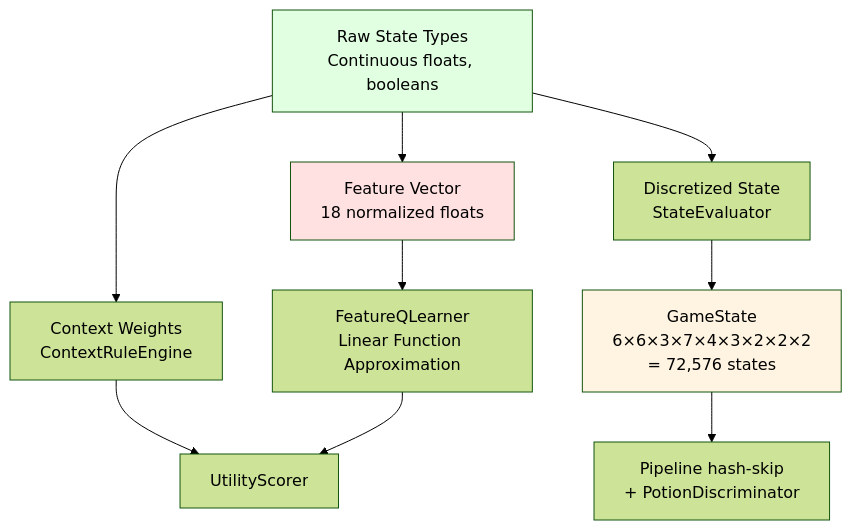
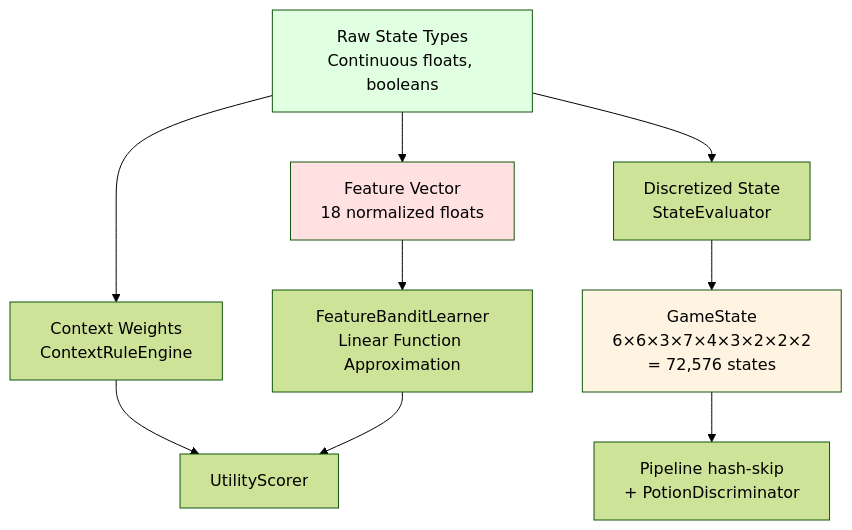
One commit to LandingCrew/huginn changed diagram 11 of 13 in docs/architecture/1-states.md. Above: the diagram before and after it, drawn with Mermaid (forest theme). The commit also changed other lines of this file and 61 other files, not shown here.

````diff
--- a/docs/architecture/1-states.md
+++ b/docs/architecture/1-states.md
@@ -982,18 +982,18 @@
 ```mermaid
 graph TB
     Raw[Raw State Types<br/>Continuous floats, booleans] --> CW[Context Weights<br/>ContextRuleEngine]
     Raw --> Disc[Discretized State<br/>StateEvaluator]
 
     Disc --> GS["GameState<br/>6×6×3×7×4×3×2×2×2<br/>= 72,576 states"]
     GS --> Skip[Pipeline hash-skip<br/>+ PotionDiscriminator]
 
     Raw --> FV[Feature Vector<br/>18 normalized floats]
-    FV --> FQL[FeatureQLearner<br/>Linear Function Approximation]
+    FV --> BL[FeatureBanditLearner<br/>Linear Function Approximation]
 
     CW --> Scorer[UtilityScorer]
-    FQL --> Scorer
+    BL --> Scorer
 
     style Raw fill:#e1ffe1
     style GS fill:#fff4e1
     style FV fill:#ffe1e1
 ```
````
